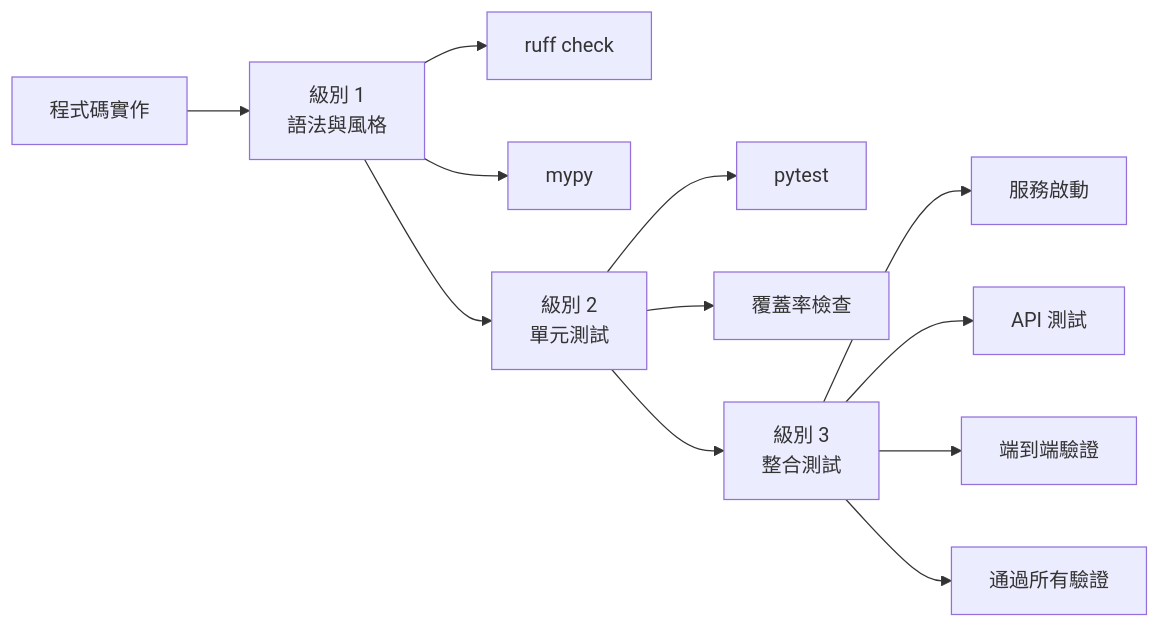
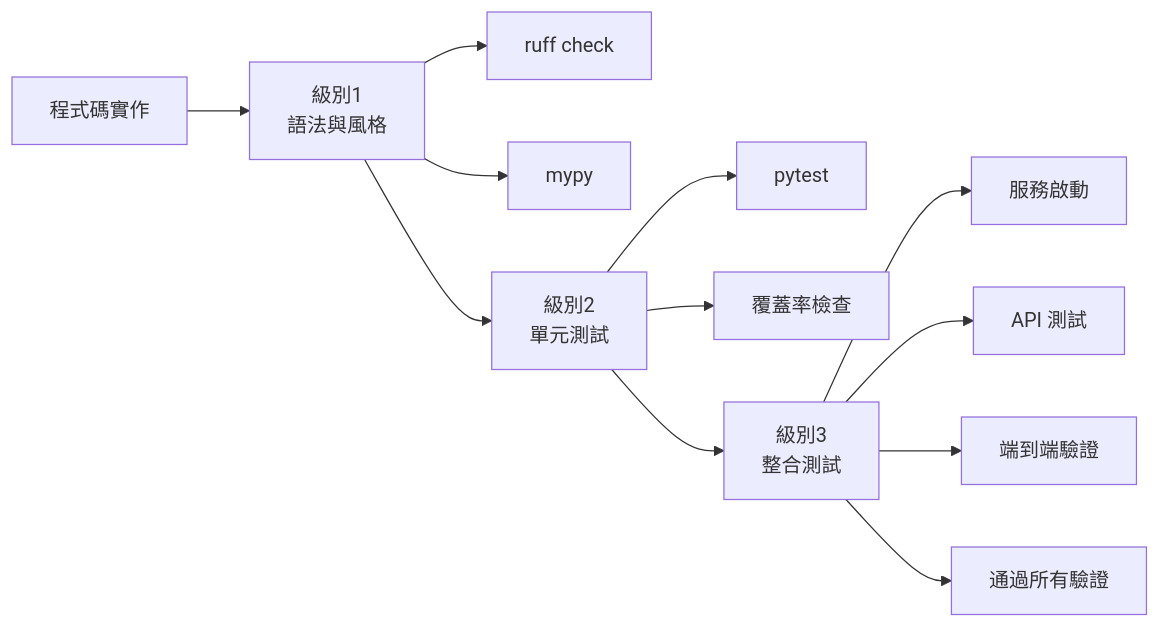
One commit to coleam00/context-engineering-intro changed the second of 2 diagrams in PRPs/templates/prp_base.md. Above: the diagram before and after it, drawn with Mermaid. The commit also changed other lines of this file and 7 other files, not shown here.

First line of the commit message:
fix: 修正 Mermaid 圖表格式以解決 GitHub 顯示問題

````diff
--- a/PRPs/templates/prp_base.md
+++ b/PRPs/templates/prp_base.md
@@ -33,17 +39,17 @@
 ```mermaid
 flowchart LR
-    A["程式碼實作"] --> B["級別 1<br/>語法與風格"]
+    A["程式碼實作"] --> B["級別1<br/>語法與風格"]
     B --> B1["ruff check"]
     B --> B2["mypy"]
     
-    B --> C["級別 2<br/>單元測試"]
+    B --> C["級別2<br/>單元測試"]
     C --> C1["pytest"]
     C --> C2["覆蓋率檢查"]
     
-    C --> D["級別 3<br/>整合測試"]
+    C --> D["級別3<br/>整合測試"]
     D --> D1["服務啟動"]
     D --> D2["API 測試"]
     D --> D3["端到端驗證"]
     
     D --> E["通過所有驗證"]
 ```
````
